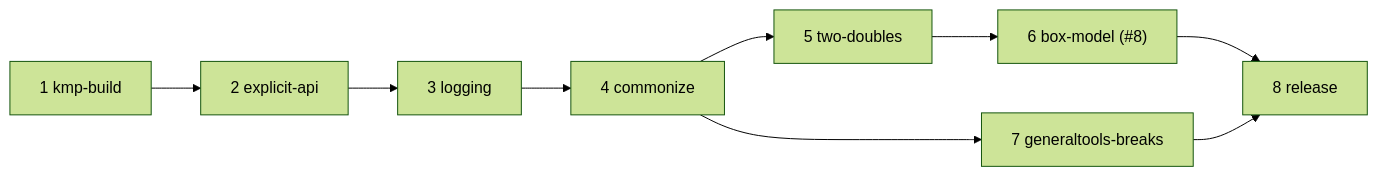
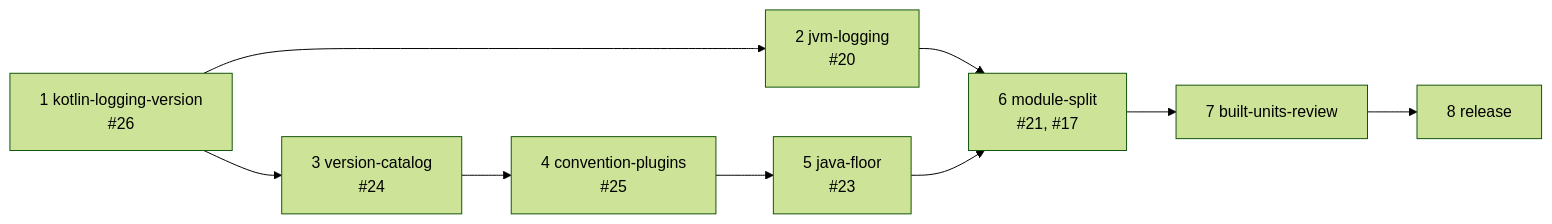
Before and after one commit to SpartanLaboratories/GeneralTools: the fifth of 5 diagrams in docs/plans/7-kotlin-multiplatform/architecture.md, drawn with Mermaid (forest theme). The commit also changed other lines of this file and 4 other files, not shown here.

First line of the commit message:
docs: revise the Kotlin Multiplatform architecture and impact plans

````diff
--- a/docs/plans/7-kotlin-multiplatform/architecture.md
+++ b/docs/plans/7-kotlin-multiplatform/architecture.md
@@ -1032,11 +1590,11 @@
 ```mermaid
 flowchart LR
-  U1["1 kmp-build"] --> U2["2 explicit-api"]
-  U2 --> U3["3 logging"]
-  U3 --> U4["4 commonize"]
-  U4 --> U5["5 two-doubles"]
-  U5 --> U6["6 box-model (#8)"]
-  U4 --> U7["7 generaltools-breaks"]
-  U6 --> U8["8 release"]
-  U7 --> U8
+  U1["1 kotlin-logging-version<br/>#26"] --> U2["2 jvm-logging<br/>#20"]
+  U1 --> U3["3 version-catalog<br/>#24"]
+  U3 --> U4["4 convention-plugins<br/>#25"]
+  U4 --> U5["5 java-floor<br/>#23"]
+  U2 --> U6["6 module-split<br/>#21, #17"]
+  U5 --> U6
+  U6 --> U7["7 built-units-review"]
+  U7 --> U8["8 release"]
 ```
````
